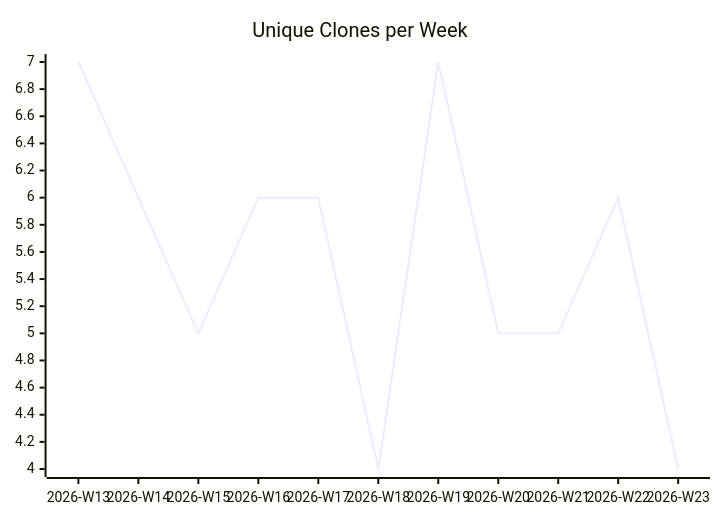
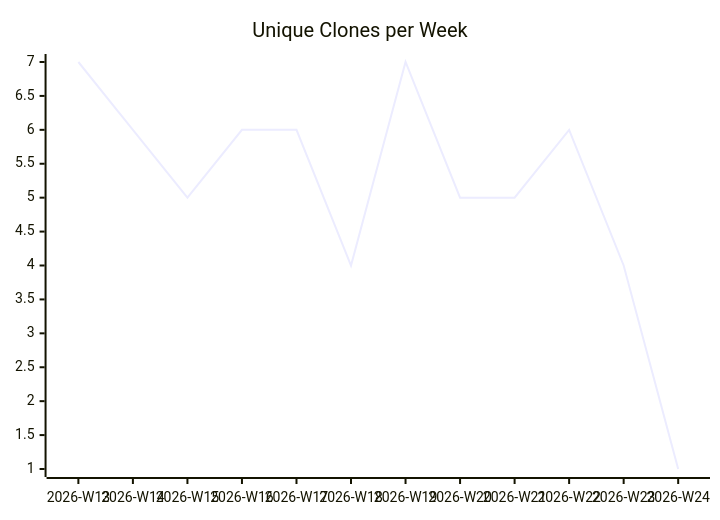
Before and after one commit to justdavis-family/github-analytics-data: the third of 3 diagrams in karlmdavis/lego-ev3dev-rs/README.md, drawn with Mermaid. The commit also changed other lines of this file and 189 other files, not shown here.

````diff
--- a/karlmdavis/lego-ev3dev-rs/README.md
+++ b/karlmdavis/lego-ev3dev-rs/README.md
@@ -19,6 +19,6 @@
 ```mermaid
 xychart-beta
   title "Unique Clones per Week"
-  x-axis ["2026-W13", "2026-W14", "2026-W15", "2026-W16", "2026-W17", "2026-W18", "2026-W19", "2026-W20", "2026-W21", "2026-W22", "2026-W23"]
-  line [7, 6, 5, 6, 6, 4, 7, 5, 5, 6, 4]
+  x-axis ["2026-W13", "2026-W14", "2026-W15", "2026-W16", "2026-W17", "2026-W18", "2026-W19", "2026-W20", "2026-W21", "2026-W22", "2026-W23", "2026-W24"]
+  line [7, 6, 5, 6, 6, 4, 7, 5, 5, 6, 4, 1]
 ```
````
